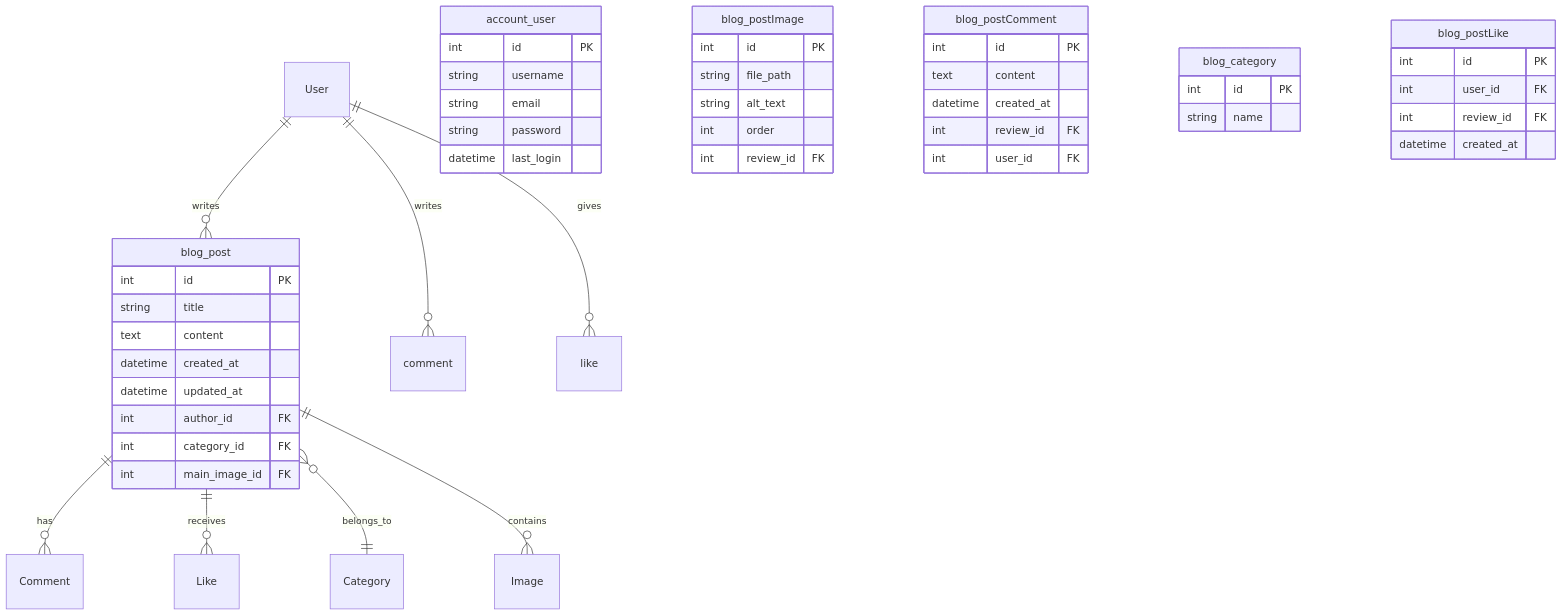
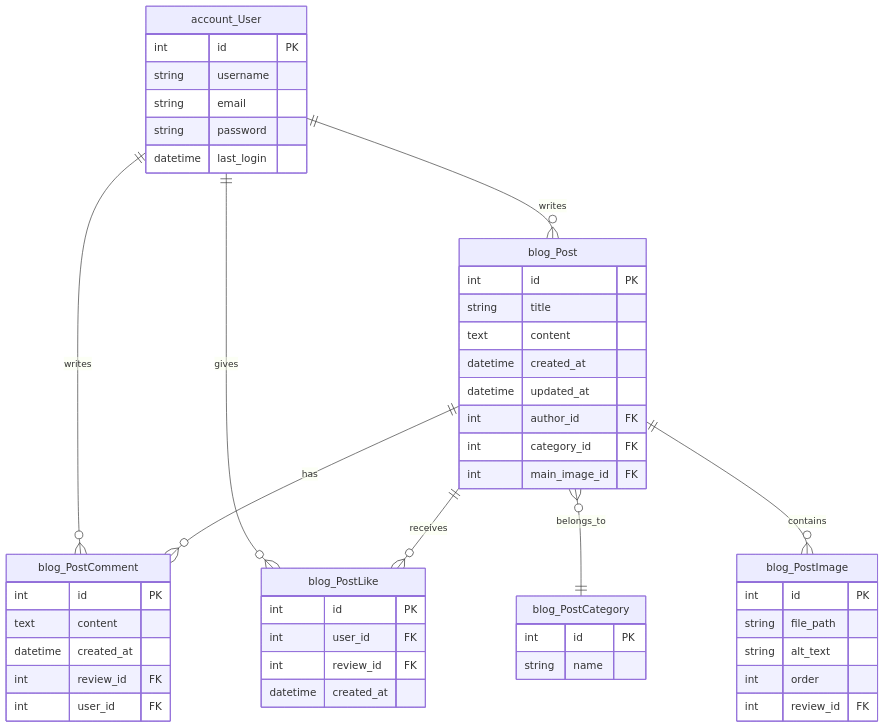
One commit to cheeou/Django-blog-project changed the second of 2 diagrams in README.md. Above: the diagram before and after it, drawn with Mermaid. The commit also changed 23 other files, not shown here.

````diff
--- a/README.md
+++ b/README.md
@@ -34,52 +34,52 @@
 ```mermaid
 erDiagram
-    User ||--o{ blog_post : writes
-    User ||--o{ comment : writes
-    User ||--o{ like : gives
-    blog_post ||--o{ Comment : has
-    blog_post ||--o{ Like : receives
-    blog_post }o--|| Category : belongs_to
-    blog_post ||--o{ Image : contains
+    account_User ||--o{ blog_Post : writes
+    account_User ||--o{ blog_PostComment : writes
+    account_User ||--o{ blog_PostLike : gives
+    blog_Post ||--o{ blog_PostComment : has
+    blog_Post ||--o{ blog_PostLike : receives
+    blog_Post }o--|| blog_PostCategory : belongs_to
+    blog_Post ||--o{ blog_PostImage : contains
 
-    account_user {
+    account_User {
         int id PK
         string username
         string email
         string password
         datetime last_login
     }
-    blog_post {
+    blog_Post {
         int id PK
         string title
         text content
         datetime created_at
         datetime updated_at
         int author_id FK
         int category_id FK
         int main_image_id FK
     }
-    blog_postImage {
+    blog_PostImage {
         int id PK
         string file_path
         string alt_text
         int order
         int review_id FK
     }
-    blog_postComment {
+    blog_PostComment {
         int id PK
         text content
         datetime created_at
         int review_id FK
         int user_id FK
     }
-    blog_category {
+    blog_PostCategory {
         int id PK
         string name
     }
-    blog_postLike {
+    blog_PostLike {
         int id PK
         int user_id FK
         int review_id FK
         datetime created_at
     }
 ```
````
